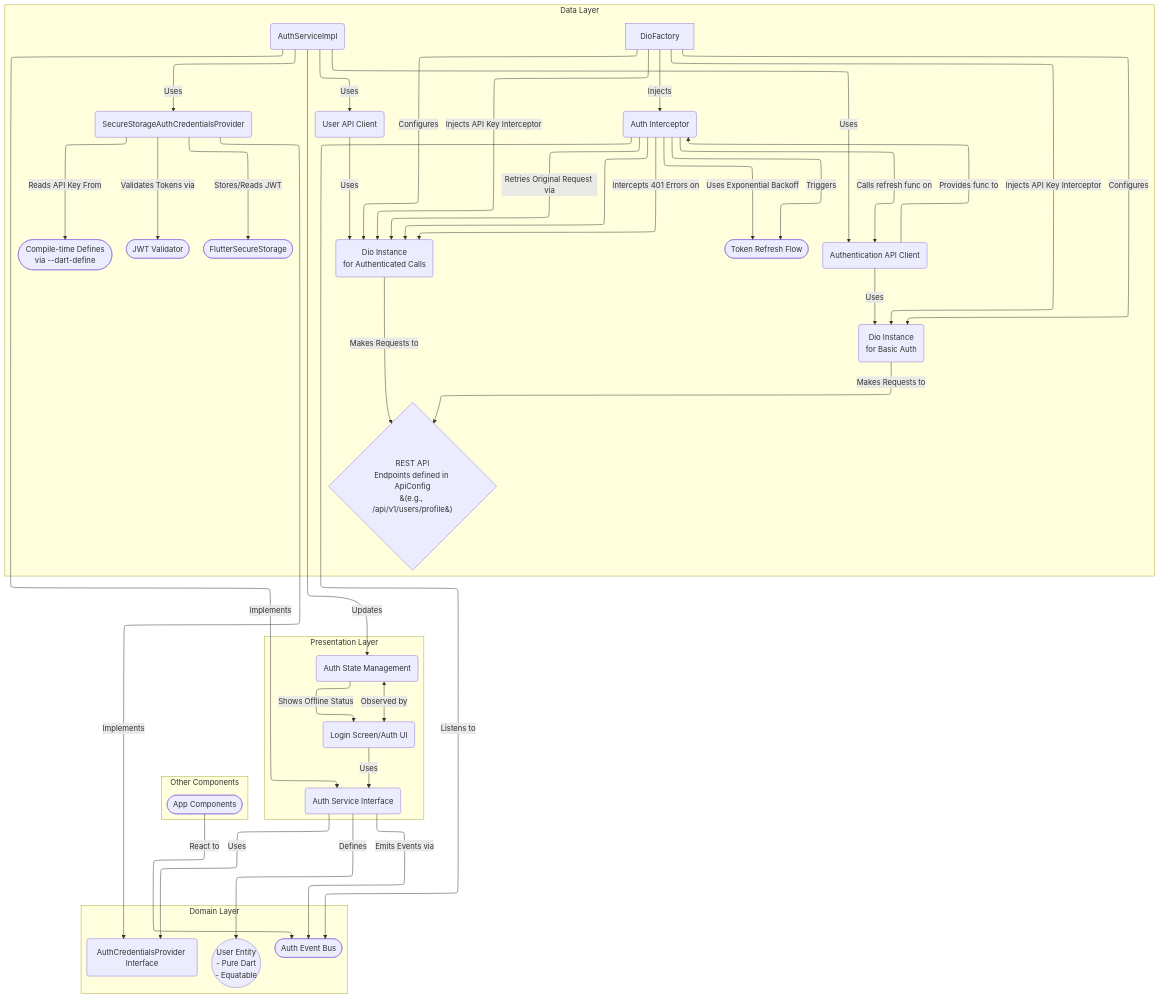
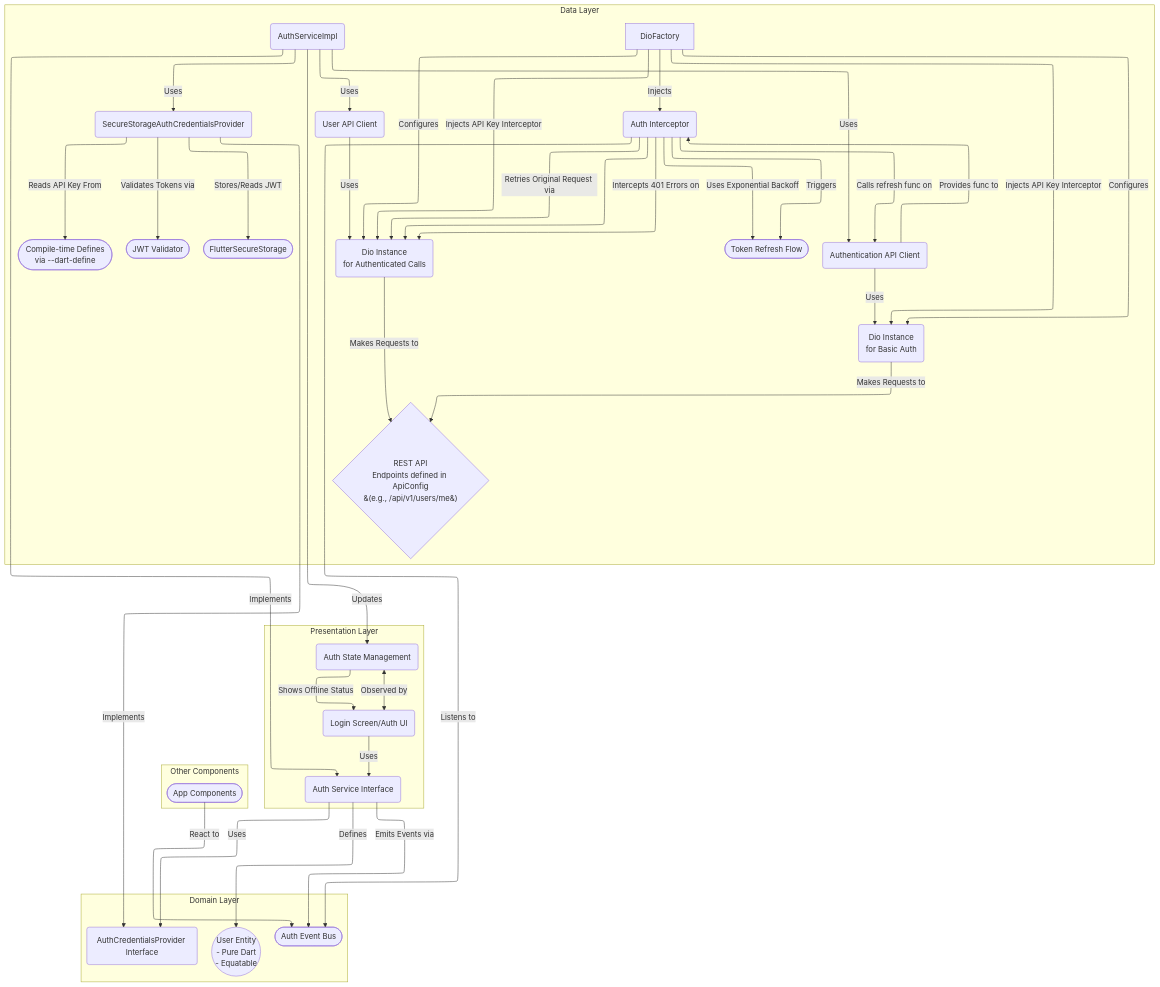
Before and after one commit to MediScribe/docjet-mobile: the first of 3 diagrams in docs/current/feature-auth-architecture.md, drawn with Mermaid. The commit also changed other lines of this file and 9 other files, not shown here.

First line of the commit message:
Refactor user profile endpoint from /users/profile to /users/me

````diff
--- a/docs/current/feature-auth-architecture.md
+++ b/docs/current/feature-auth-architecture.md
@@ -20,54 +20,54 @@
 ```mermaid
 %%{init: {'flowchart': {'defaultRenderer': 'elk'}}}%%
 graph TD
     subgraph "Presentation Layer"
         UI(Login Screen/Auth UI) -->|Uses| AuthService(Auth Service Interface)
         AuthState(Auth State Management) <-->|Observed by| UI
         AuthState -->|Shows Offline Status| UI
     end
 
     subgraph "Domain Layer"
         AuthService -->|Defines| User((User Entity<br>- Pure Dart<br>- Equatable))
         AuthService -->|Uses| AuthCredProvider(AuthCredentialsProvider Interface)
         AuthService -->|Emits Events via| AuthEventBus([Auth Event Bus])
     end
 
     subgraph "Data Layer"
         AuthServiceImpl(AuthServiceImpl) -->|Implements| AuthService
         AuthServiceImpl -->|Uses| AuthenticationApiClient(Authentication API Client)
         AuthServiceImpl -->|Uses| UserApiClient(User API Client)
         AuthServiceImpl -->|Updates| AuthState
         AuthServiceImpl -->|Uses| AuthCredProviderImpl(SecureStorageAuthCredentialsProvider)
 
         AuthCredProviderImpl -->|Implements| AuthCredProvider
         AuthCredProviderImpl -->|Reads API Key From| CompileDefines([Compile-time Defines<br>via --dart-define])
         AuthCredProviderImpl -->|Stores/Reads JWT| SecureStorage([FlutterSecureStorage])
         AuthCredProviderImpl -->|Validates Tokens via| JwtValidator([JWT Validator])
 
         DioFactory -->|Configures| basicDio(Dio Instance<br>for Basic Auth)
         DioFactory -->|Injects API Key Interceptor| basicDio
         DioFactory -->|Configures| authenticatedDio(Dio Instance<br>for Authenticated Calls)
         DioFactory -->|Injects API Key Interceptor| authenticatedDio
         DioFactory -->|Injects| AuthInterceptor(Auth Interceptor) --> authenticatedDio
 
         AuthenticationApiClient -->|Uses| basicDio
         AuthenticationApiClient -->|Provides func to| AuthInterceptor
 
         UserApiClient -->|Uses| authenticatedDio
 
         AuthInterceptor -->|Intercepts 401 Errors on| authenticatedDio
         AuthInterceptor -->|Calls refresh func on| AuthenticationApiClient
         AuthInterceptor -->|Triggers| TokenRefresh([Token Refresh Flow])
         AuthInterceptor -->|Retries Original Request via| authenticatedDio
         AuthInterceptor -->|Uses Exponential Backoff| TokenRefresh
         AuthInterceptor -->|Listens to| AuthEventBus
 
         basicDio -->|Makes Requests to| AuthAPI{REST API<br>Endpoints defined in ApiConfig<br>&#40;e.g., /api/v1/auth/login&#41;}
-        authenticatedDio -->|Makes Requests to| AuthAPI{REST API<br>Endpoints defined in ApiConfig<br>&#40;e.g., /api/v1/users/profile&#41;}
+        authenticatedDio -->|Makes Requests to| AuthAPI{REST API<br>Endpoints defined in ApiConfig<br>&#40;e.g., /api/v1/users/me&#41;}
 
     end
 
     subgraph "Other Components"
         OtherComponents([App Components]) -->|React to| AuthEventBus
     end
 ```
````
